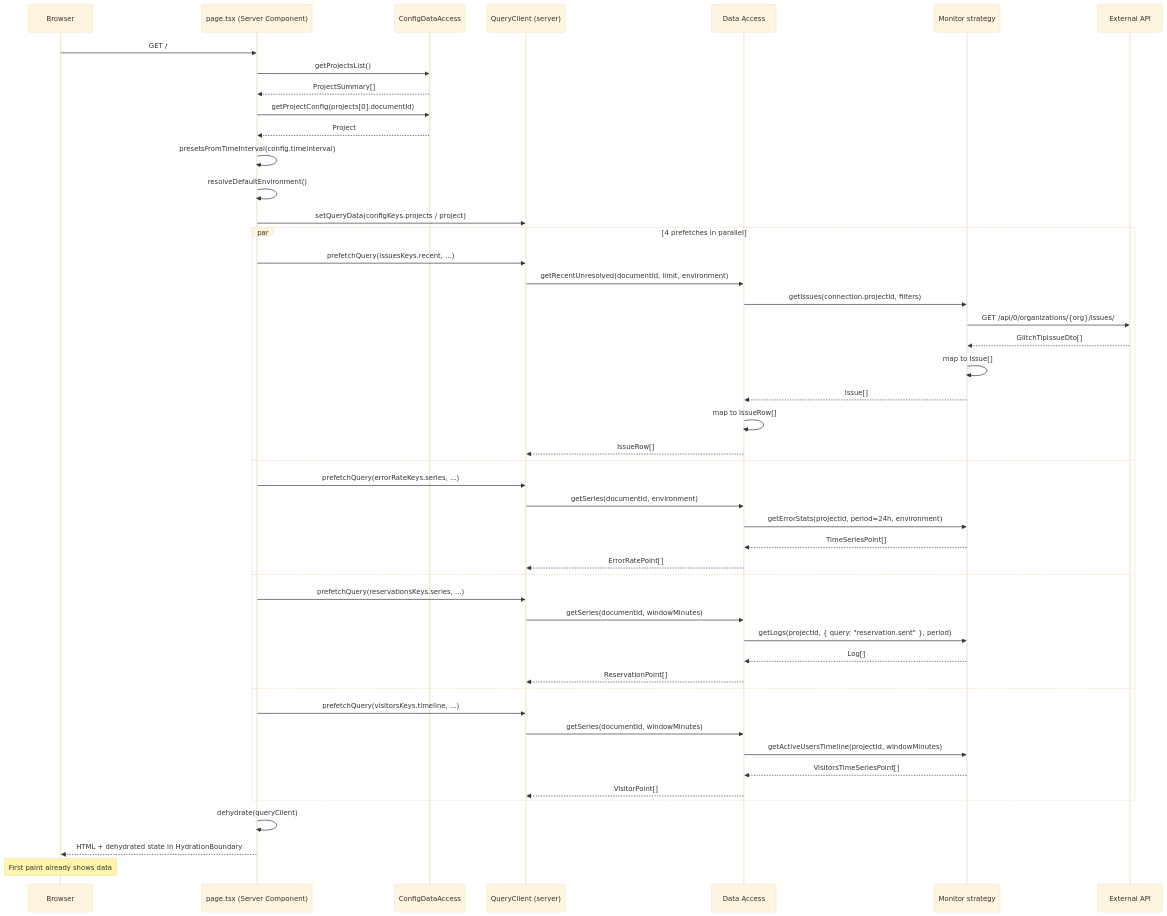
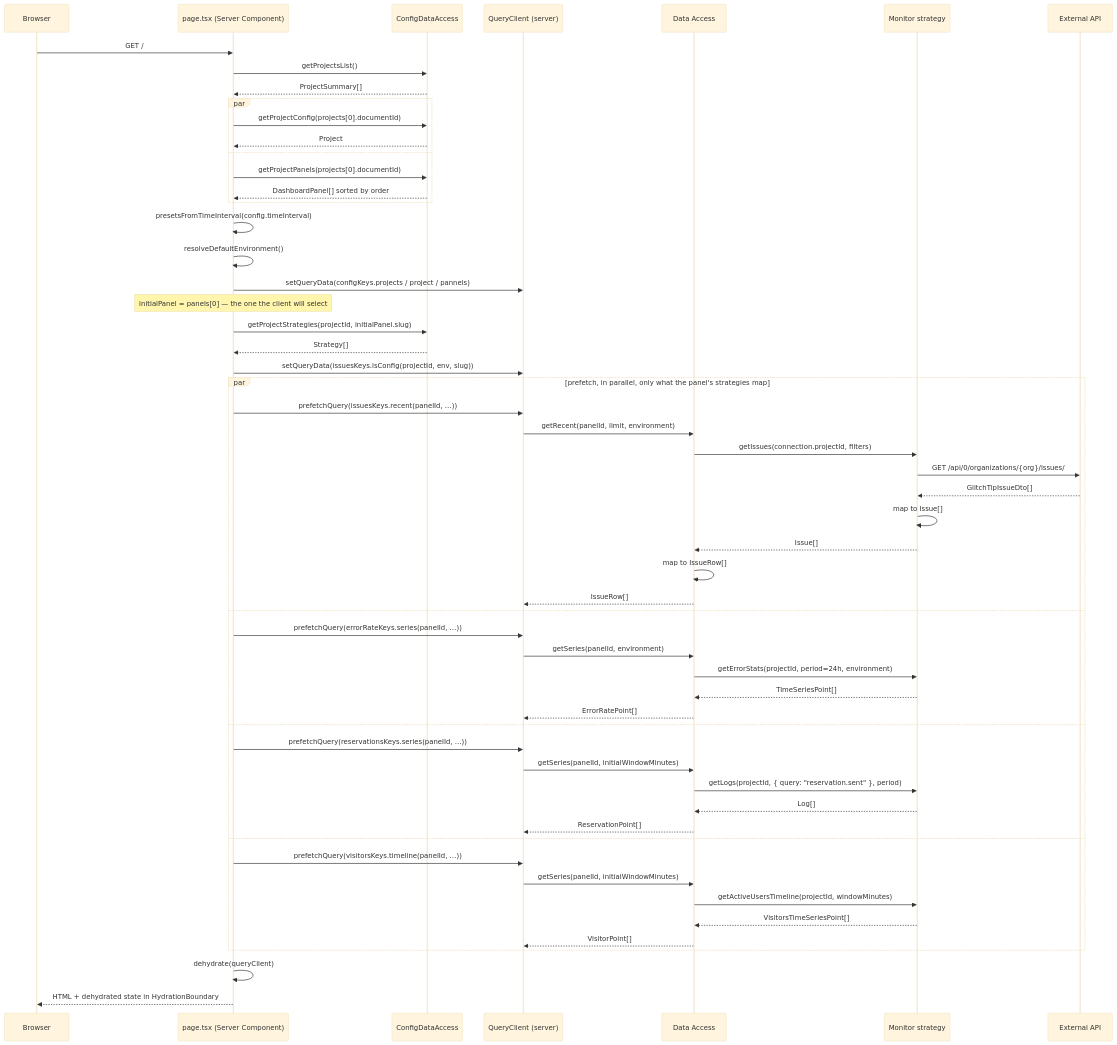
One commit to webteamuxco/dashboard-monitor changed the fourth of 11 diagrams in apps/docs-site/docs/data-flow.md. Above: the diagram before and after it, drawn with Mermaid (base theme). The commit also changed other lines of this file and 27 other files, not shown here.

Commit message:
docs(dashboard): update all docs for panel feature

````diff
--- a/apps/docs-site/docs/data-flow.md
+++ b/apps/docs-site/docs/data-flow.md
@@ -79,53 +94,62 @@
 ```mermaid
 sequenceDiagram
     participant B as Browser
     participant Page as page.tsx (Server Component)
     participant Cfg as ConfigDataAccess
     participant QC as QueryClient (server)
     participant DA as Data Access
     participant Mon as Monitor strategy
     participant Ext as External API
 
     B->>Page: GET /
     Page->>Cfg: getProjectsList()
     Cfg-->>Page: ProjectSummary[]
-    Page->>Cfg: getProjectConfig(projects[0].documentId)
-    Cfg-->>Page: Project
+    par
+        Page->>Cfg: getProjectConfig(projects[0].documentId)
+        Cfg-->>Page: Project
+    and
+        Page->>Cfg: getProjectPanels(projects[0].documentId)
+        Cfg-->>Page: DashboardPanel[] sorted by order
+    end
     Page->>Page: presetsFromTimeInterval(config.timeInterval)
     Page->>Page: resolveDefaultEnvironment()
-    Page->>QC: setQueryData(configKeys.projects / project)
+    Page->>QC: setQueryData(configKeys.projects / project / pannels)
 
-    par 4 prefetches in parallel
-        Page->>QC: prefetchQuery(issuesKeys.recent, ...)
-        QC->>DA: getRecentUnresolved(documentId, limit, environment)
+    Note over Page: initialPanel = panels[0] — the one the client will select
+    Page->>Cfg: getProjectStrategies(projectId, initialPanel.slug)
+    Cfg-->>Page: Strategy[]
+    Page->>QC: setQueryData(issuesKeys.isConfig(projectId, env, slug))
+
+    par prefetch, in parallel, only what the panel's strategies map
+        Page->>QC: prefetchQuery(issuesKeys.recent(panelId, …))
+        QC->>DA: getRecent(panelId, limit, environment)
         DA->>Mon: getIssues(connection.projectId, filters)
         Mon->>Ext: GET /api/0/organizations/{org}/issues/
         Ext-->>Mon: GlitchTipIssueDto[]
         Mon->>Mon: map to Issue[]
         Mon-->>DA: Issue[]
         DA->>DA: map to IssueRow[]
         DA-->>QC: IssueRow[]
     and
-        Page->>QC: prefetchQuery(errorRateKeys.series, ...)
-        QC->>DA: getSeries(documentId, environment)
+        Page->>QC: prefetchQuery(errorRateKeys.series(panelId, …))
+        QC->>DA: getSeries(panelId, environment)
         DA->>Mon: getErrorStats(projectId, period=24h, environment)
         Mon-->>DA: TimeSeriesPoint[]
         DA-->>QC: ErrorRatePoint[]
     and
-        Page->>QC: prefetchQuery(reservationsKeys.series, ...)
-        QC->>DA: getSeries(documentId, windowMinutes)
+        Page->>QC: prefetchQuery(reservationsKeys.series(panelId, …))
+        QC->>DA: getSeries(panelId, initialWindowMinutes)
         DA->>Mon: getLogs(projectId, { query: "reservation.sent" }, period)
         Mon-->>DA: Log[]
         DA-->>QC: ReservationPoint[]
     and
-        Page->>QC: prefetchQuery(visitorsKeys.timeline, ...)
-        QC->>DA: getSeries(documentId, windowMinutes)
+        Page->>QC: prefetchQuery(visitorsKeys.timeline(panelId, …))
+        QC->>DA: getSeries(panelId, initialWindowMinutes)
         DA->>Mon: getActiveUsersTimeline(projectId, windowMinutes)
         Mon-->>DA: VisitorsTimeSeriesPoint[]
         DA-->>QC: VisitorPoint[]
     end
 
     Page->>Page: dehydrate(queryClient)
     Page-->>B: HTML + dehydrated state in HydrationBoundary
-    Note over B: First paint already shows data
 ```
````
